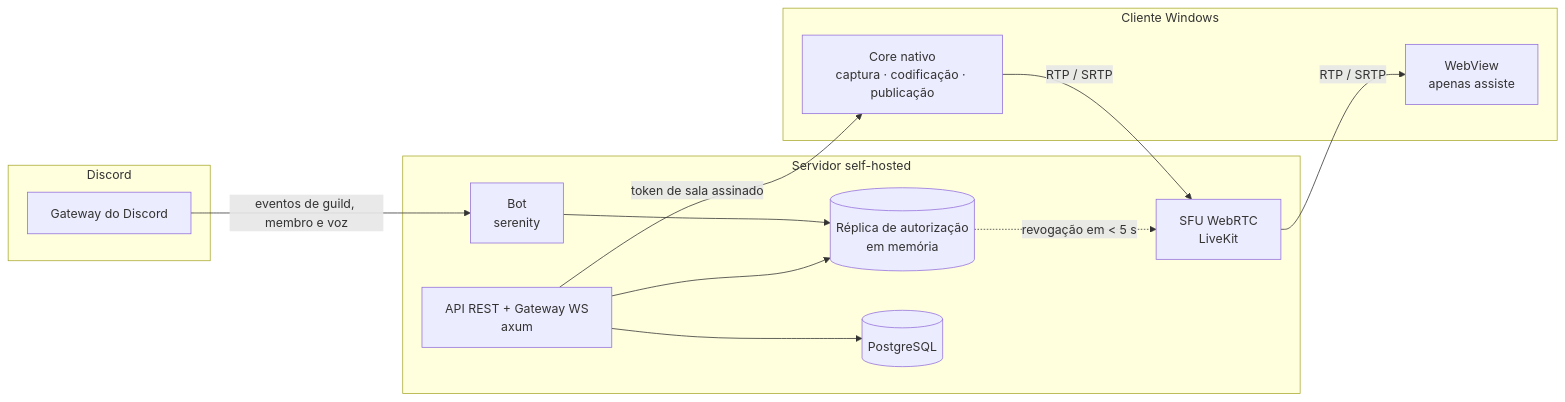
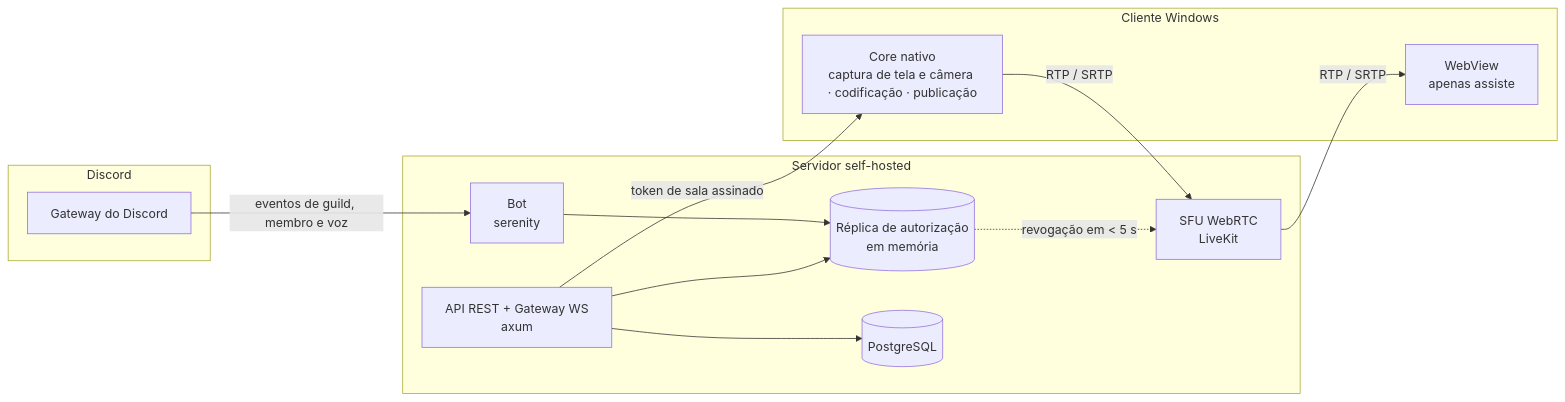
The first of 3 diagrams in README.md (Davi-Noah/ldktela), drawn with Mermaid before and after one commit. The commit also changed other lines of this file, not shown here.

````diff
--- a/README.md
+++ b/README.md
@@ -86,28 +95,28 @@
 ```mermaid
 flowchart LR
     subgraph Discord
         DG[Gateway do Discord]
     end
 
     subgraph Servidor self-hosted
         BOT[Bot<br/>serenity]
         API[API REST + Gateway WS<br/>axum]
         REP[(Réplica de autorização<br/>em memória)]
         PG[(PostgreSQL)]
         SFU[SFU WebRTC<br/>LiveKit]
     end
 
     subgraph Cliente Windows
-        CORE[Core nativo<br/>captura · codificação · publicação]
+        CORE[Core nativo<br/>captura de tela e câmera · codificação · publicação]
         UI[WebView<br/>apenas assiste]
     end
 
     DG -->|eventos de guild, membro e voz| BOT
     BOT --> REP
     API --> REP
     API --> PG
     API -->|token de sala assinado| CORE
     CORE -->|RTP / SRTP| SFU
     SFU -->|RTP / SRTP| UI
     REP -.->|revogação em < 5 s| SFU
 ```
````
